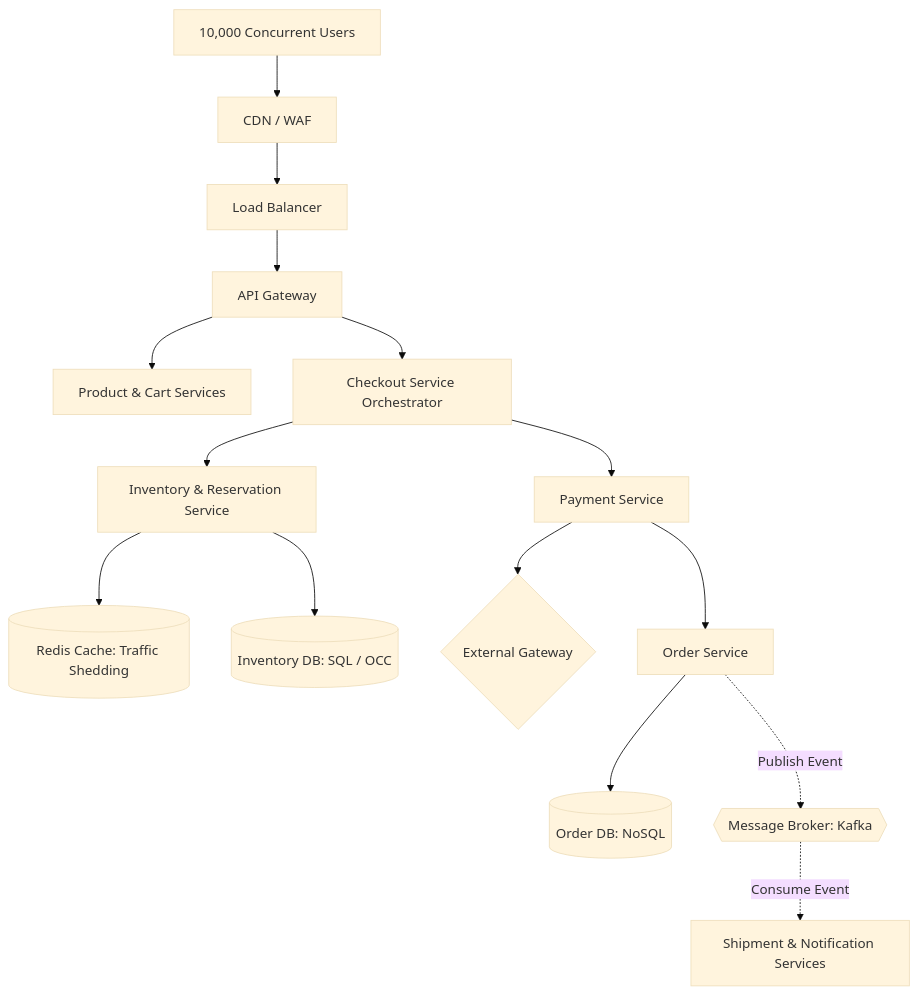
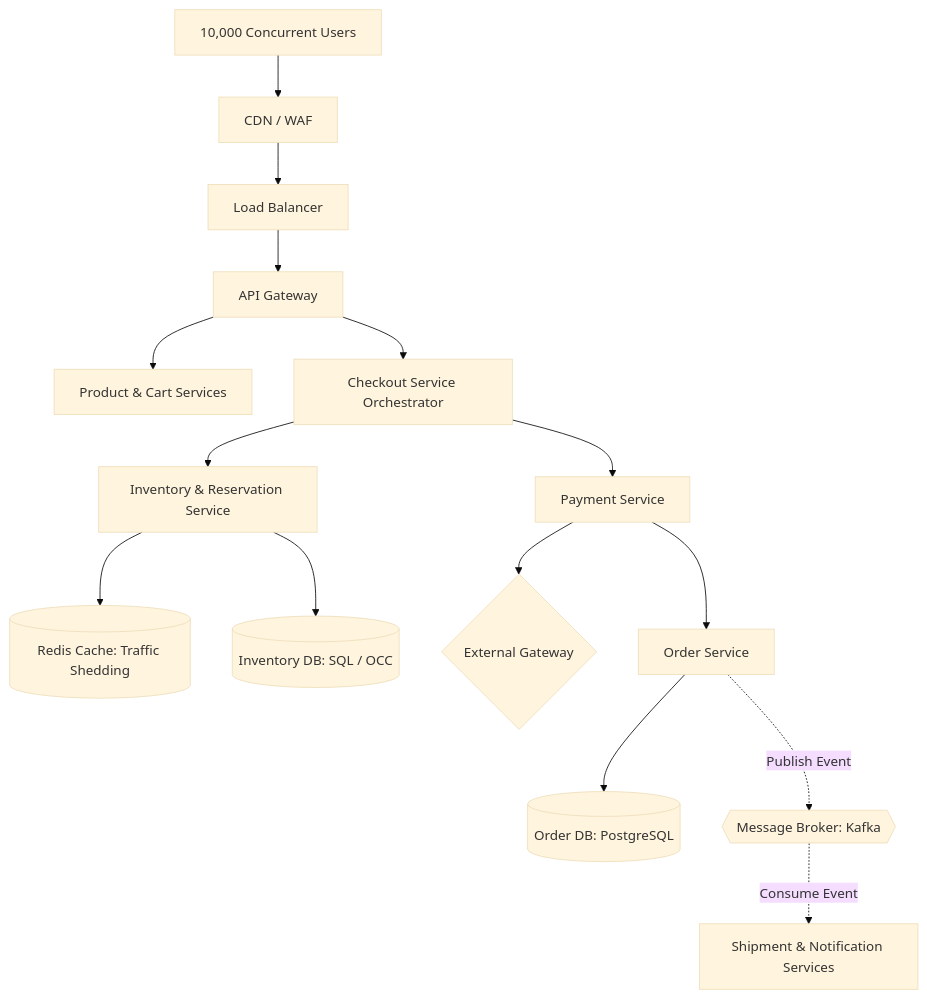
One commit to Paarvendhan-19/SYS changed the diagram in 02_HLD/HLD_Architecture.md. Above: the diagram before and after it, drawn with Mermaid (base theme). The commit also changed 5 other files, not shown here.

````diff
--- a/02_HLD/HLD_Architecture.md
+++ b/02_HLD/HLD_Architecture.md
@@ -1,17 +1,17 @@
 ```mermaid
 graph TD
     A[10,000 Concurrent Users] --> B[CDN / WAF]
     B --> C[Load Balancer]
     C --> D[API Gateway]
     D --> E[Product & Cart Services]
     D --> F[Checkout Service Orchestrator]
     F --> G[Inventory & Reservation Service]
     F --> H[Payment Service]
     G --> I[(Redis Cache: Traffic Shedding)]
     G --> J[(Inventory DB: SQL / OCC)]
     H --> K{External Gateway}
     H --> L[Order Service]
-    L --> M[(Order DB: NoSQL)]
+    L --> M[(Order DB: PostgreSQL)]
     L -.->|Publish Event| N{{Message Broker: Kafka}}
     N -.->|Consume Event| O[Shipment & Notification Services]
 ```
````
